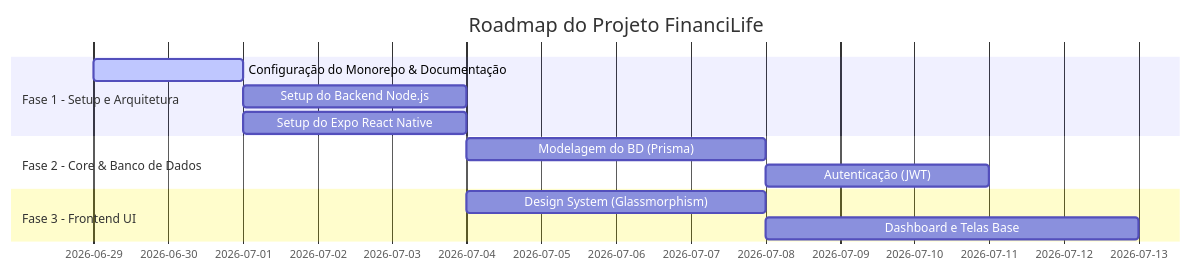
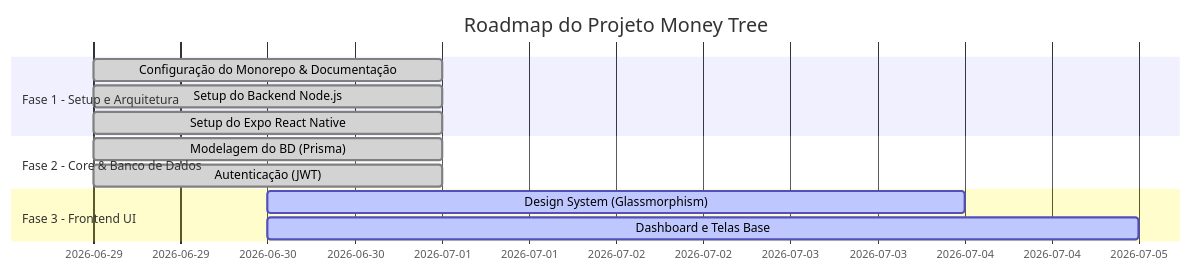
One commit to eulucasm/moneyTree changed the diagram in docs/documentation.md. Above: the diagram before and after it, drawn with Mermaid. The commit also changed other lines of this file and 12 other files, not shown here.

````diff
--- a/docs/documentation.md
+++ b/docs/documentation.md
@@ -57,15 +57,15 @@
 ```mermaid
 gantt
-    title Roadmap do Projeto FinanciLife
+    title Roadmap do Projeto Money Tree
     dateFormat  YYYY-MM-DD
     section Fase 1 - Setup e Arquitetura
-    Configuração do Monorepo & Documentação :active, task1, 2026-06-29, 2d
-    Setup do Backend Node.js                  :         task2, after task1, 3d
-    Setup do Expo React Native               :         task3, after task1, 3d
+    Configuração do Monorepo & Documentação :done, task1, 2026-06-29, 2d
+    Setup do Backend Node.js                  :done, task2, 2026-06-29, 2d
+    Setup do Expo React Native               :done, task3, 2026-06-29, 2d
     section Fase 2 - Core & Banco de Dados
-    Modelagem do BD (Prisma)                 :         task4, after task2, 4d
-    Autenticação (JWT)                       :         task5, after task4, 3d
+    Modelagem do BD (Prisma)                 :done, task4, 2026-06-29, 2d
+    Autenticação (JWT)                       :done, task5, 2026-06-29, 2d
     section Fase 3 - Frontend UI
-    Design System (Glassmorphism)            :         task6, after task3, 4d
-    Dashboard e Telas Base                   :         task7, after task6, 5d
+    Design System (Glassmorphism)            :active, task6, 2026-06-30, 4d
+    Dashboard e Telas Base                   :active, task7, 2026-06-30, 5d
 ```
````
